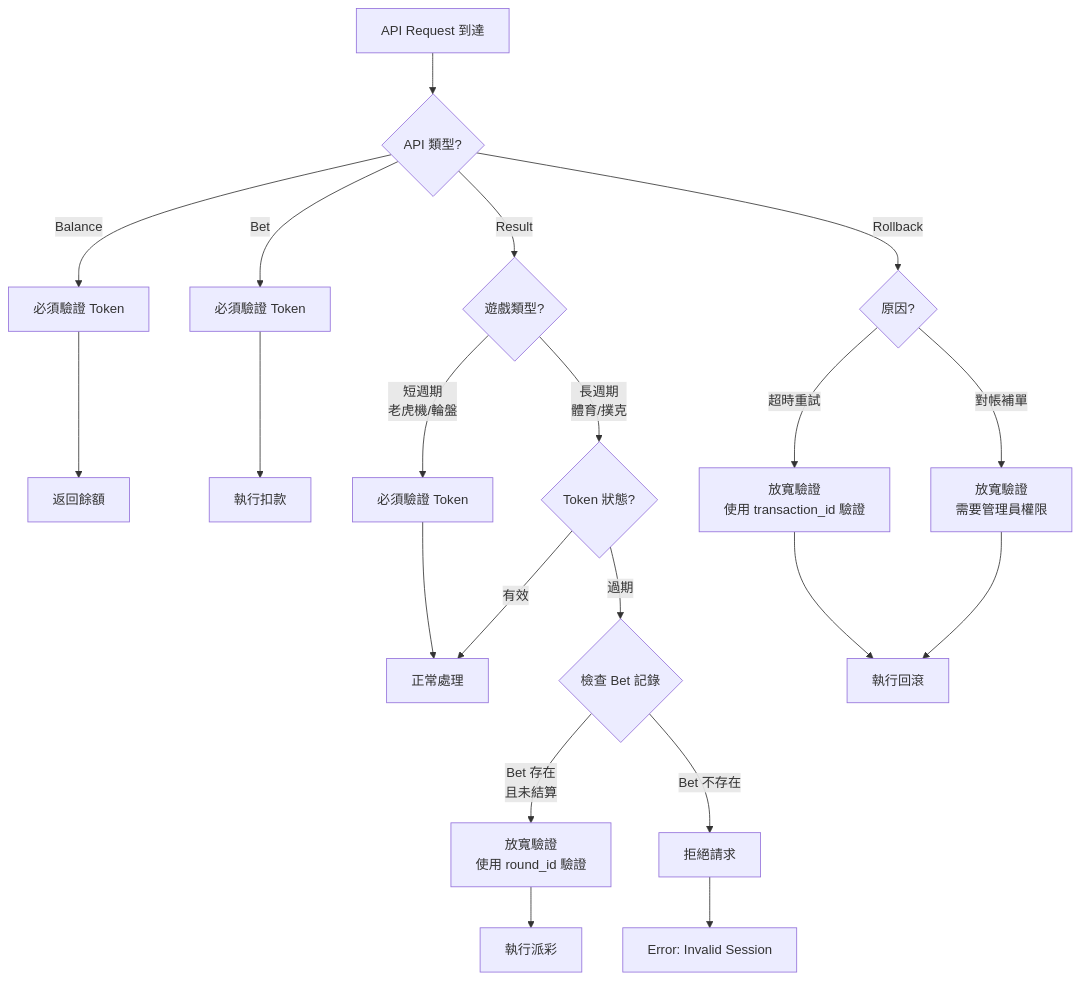
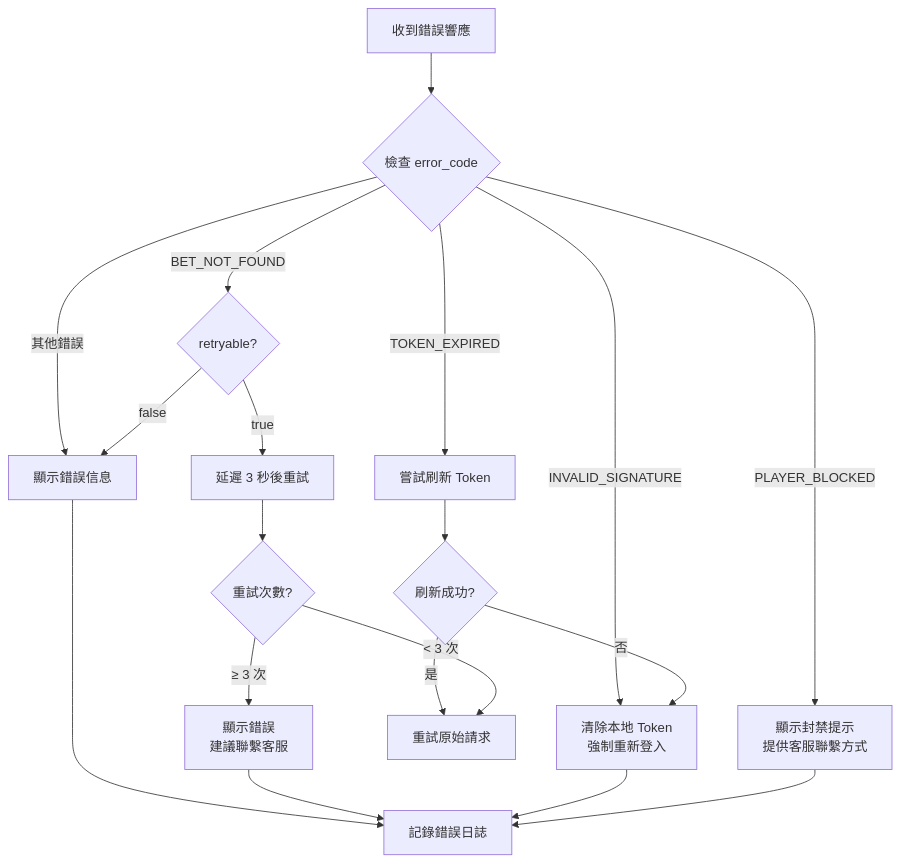
One commit to ron03wlb/smart-admin changed the second of 2 diagrams in docs/IGaming/seamless_wallet_analysis/01_token_verification_decision_tree.md. Above: the diagram before and after it, drawn with Mermaid. The commit also changed other lines of this file and 11 other files, not shown here.

````diff
--- a/docs/IGaming/seamless_wallet_analysis/01_token_verification_decision_tree.md
+++ b/docs/IGaming/seamless_wallet_analysis/01_token_verification_decision_tree.md
@@ -30,29 +364,26 @@
 ```mermaid
 graph TD
-    A[API Request 到達] --> B{API 類型?}
+    A[收到錯誤響應] --> B{檢查 error_code}
 
-    B -->|Balance| C[必須驗證 Token]
-    B -->|Bet| D[必須驗證 Token]
-    B -->|Result| E{遊戲類型?}
-    B -->|Rollback| F{原因?}
+    B -->|TOKEN_EXPIRED| C[嘗試刷新 Token]
+    B -->|INVALID_SIGNATURE| D[清除本地 Token<br/>強制重新登入]
+    B -->|PLAYER_BLOCKED| E[顯示封禁提示<br/>提供客服聯繫方式]
+    B -->|BET_NOT_FOUND| F{retryable?}
+    B -->|其他錯誤| G[顯示錯誤信息]
 
-    E -->|短週期<br/>老虎機/輪盤| G[必須驗證 Token]
-    E -->|長週期<br/>體育/撲克| H{Token 狀態?}
+    C --> H{刷新成功?}
+    H -->|是| I[重試原始請求]
+    H -->|否| D
 
-    H -->|有效| I[正常處理]
-    H -->|過期| J{檢查 Bet 記錄}
+    F -->|true| J[延遲 3 秒後重試]
+    F -->|false| G
 
-    J -->|Bet 存在<br/>且未結算| K[放寬驗證<br/>使用 round_id 驗證]
-    J -->|Bet 不存在| L[拒絕請求]
+    J --> K{重試次數?}
+    K -->|< 3 次| I
+    K -->|≥ 3 次| L[顯示錯誤<br/>建議聯繫客服]
 
-    F -->|超時重試| M[放寬驗證<br/>使用 transaction_id 驗證]
-    F -->|對帳補單| N[放寬驗證<br/>需要管理員權限]
-
-    C --> O[返回餘額]
-    D --> P[執行扣款]
-    G --> I
-    K --> Q[執行派彩]
-    L --> R[Error: Invalid Session]
-    M --> S[執行回滾]
-    N --> S
+    G --> M[記錄錯誤日誌]
+    L --> M
+    D --> M
+    E --> M
 ```
````
